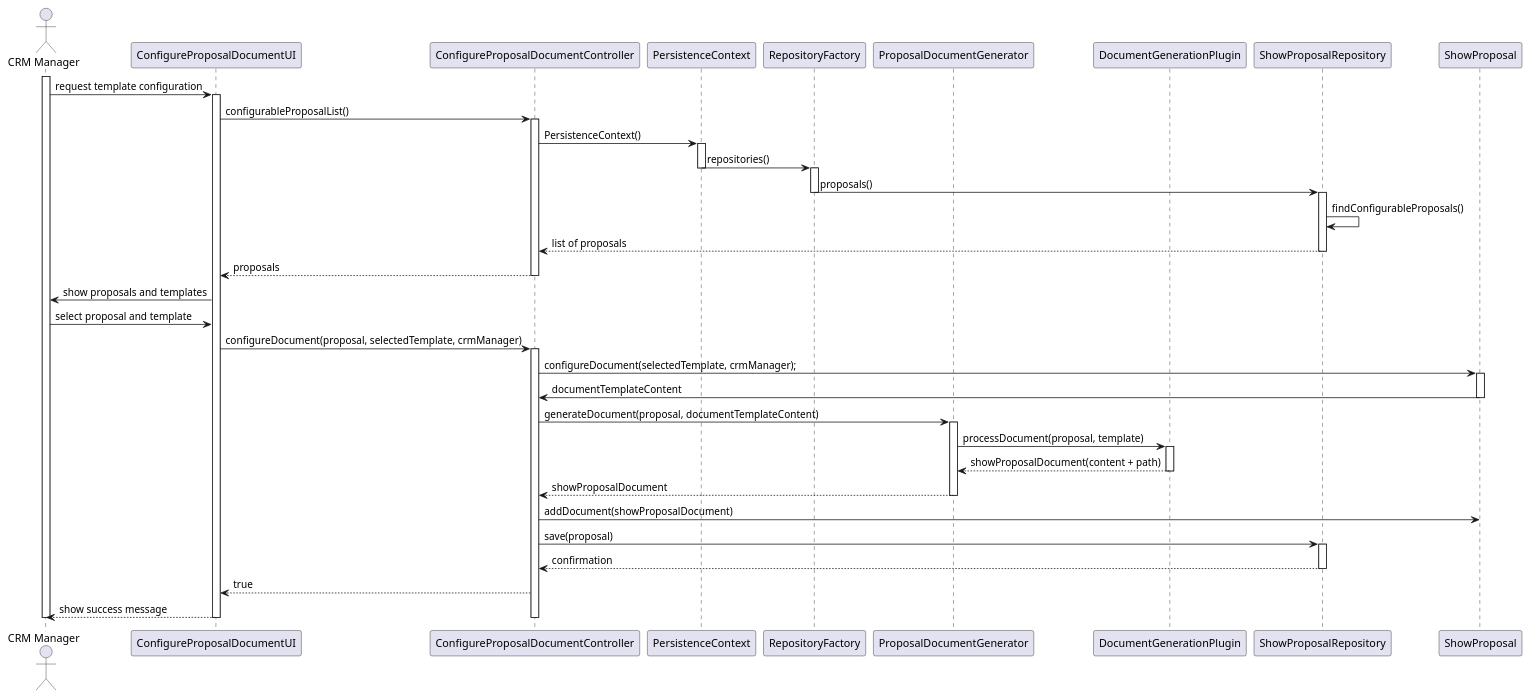
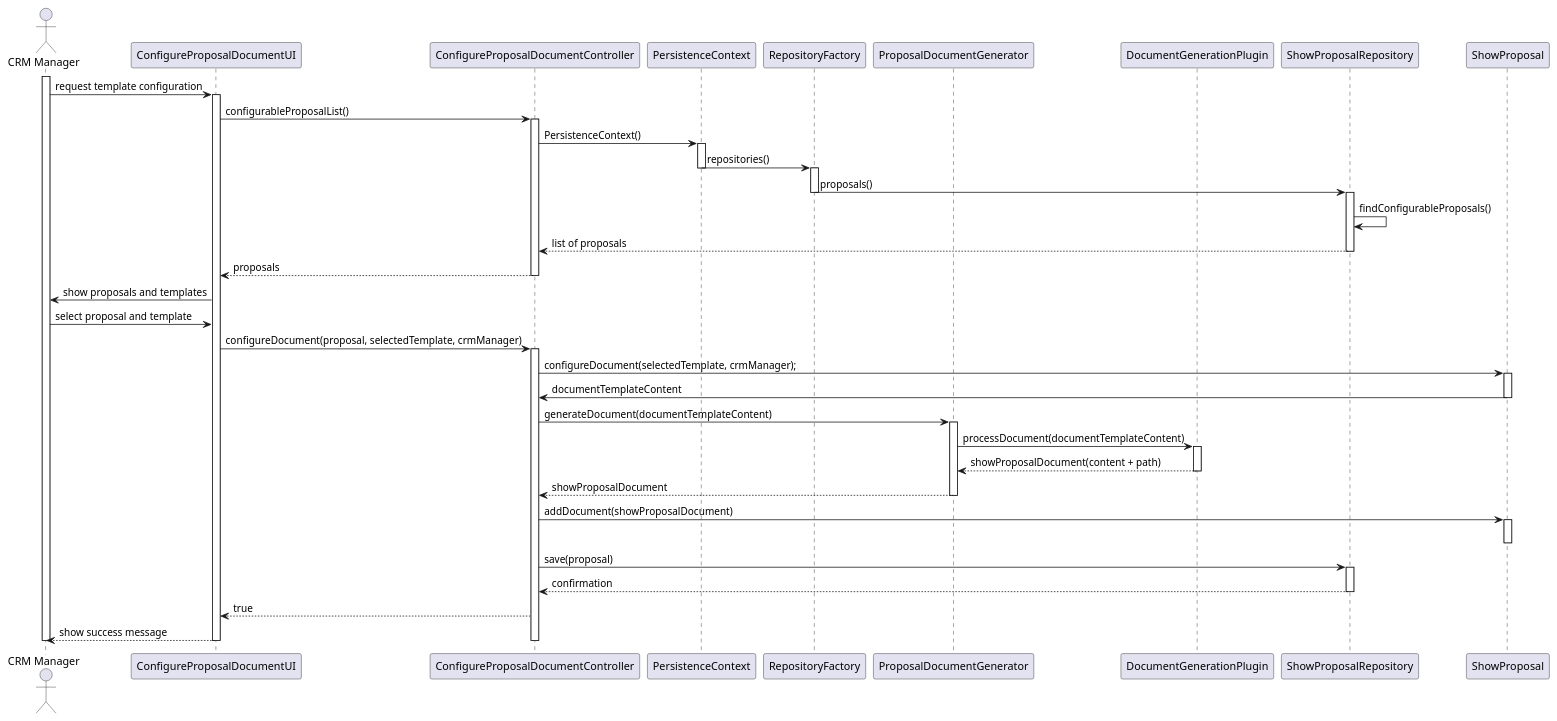
One commit to diogoveirospro/sem4pi-2024-2025-sem4pi_2024_2025_g44 changed the diagram in docs/SPRINT_3/US318/puml/sequence_diagram_us318.puml. Above: the diagram before and after it, drawn with PlantUML. The commit also changed 2 other files, not shown here.

```diff
--- a/docs/SPRINT_3/US318/puml/sequence_diagram_us318.puml
+++ b/docs/SPRINT_3/US318/puml/sequence_diagram_us318.puml
@@ -1,76 +1,78 @@
 @startuml
 actor "CRM Manager" as User
 participant "ConfigureProposalDocumentUI" as UI
 participant "ConfigureProposalDocumentController" as Controller
 participant "PersistenceContext" as Persistence
 participant "RepositoryFactory" as Factory
 participant "ProposalDocumentGenerator" as Generator
 participant "DocumentGenerationPlugin" as Plugin
 participant "ShowProposalRepository" as Repo
 participant "ShowProposal" as Proposal
 
 activate User
 
 User -> UI : request template configuration
 activate UI
 
 UI -> Controller : configurableProposalList()
 activate Controller
 
 Controller -> Persistence : PersistenceContext()
 activate Persistence
 
 Persistence -> Factory : repositories()
 deactivate Persistence
 
 activate Factory
 Factory -> Repo : proposals()
 deactivate Factory
 
 activate Repo
 Repo -> Repo : findConfigurableProposals()
 
 Repo --> Controller : list of proposals
 deactivate Repo
 
 Controller --> UI : proposals
 deactivate Controller
 
 UI -> User : show proposals and templates
 User -> UI : select proposal and template
 UI -> Controller: configureDocument(proposal, selectedTemplate, crmManager)
 
 activate Controller
 
 Controller -> Proposal: configureDocument(selectedTemplate, crmManager);
 activate Proposal
 
 Proposal -> Controller : documentTemplateContent
 deactivate Proposal
 
-Controller -> Generator : generateDocument(proposal, documentTemplateContent)
+Controller -> Generator : generateDocument(documentTemplateContent)
 
 activate Generator
-Generator -> Plugin : processDocument(proposal, template)
+Generator -> Plugin : processDocument(documentTemplateContent)
 
 activate Plugin
 Plugin --> Generator : showProposalDocument(content + path)
 deactivate Plugin
 
 Generator --> Controller : showProposalDocument
 deactivate Generator
 
 Controller -> Proposal : addDocument(showProposalDocument)
+activate Proposal
+deactivate Proposal
 
 Controller -> Repo : save(proposal)
 activate Repo
 Repo --> Controller : confirmation
 deactivate Repo
 
 Controller --> UI : true
 UI --> User : show success message
 
 deactivate Controller
 deactivate UI
 deactivate User
 @enduml
```
